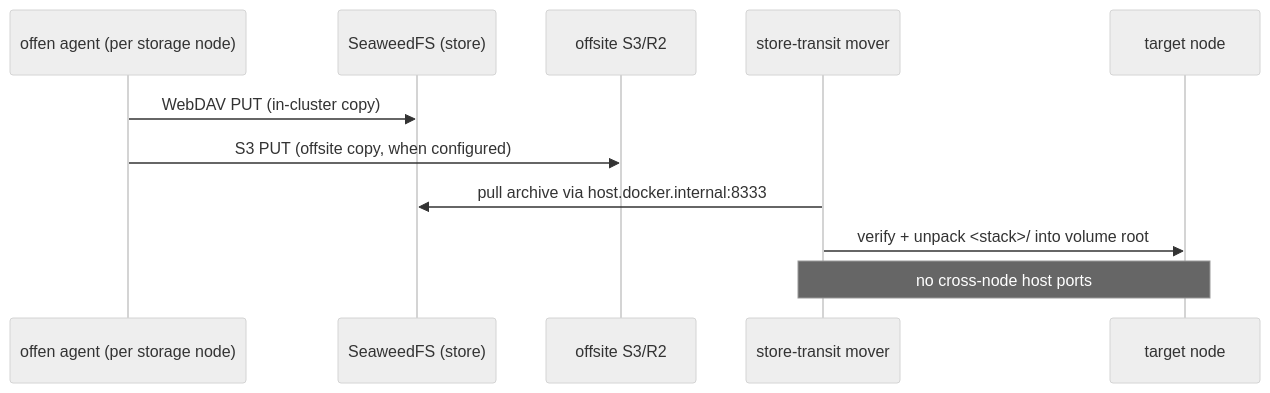
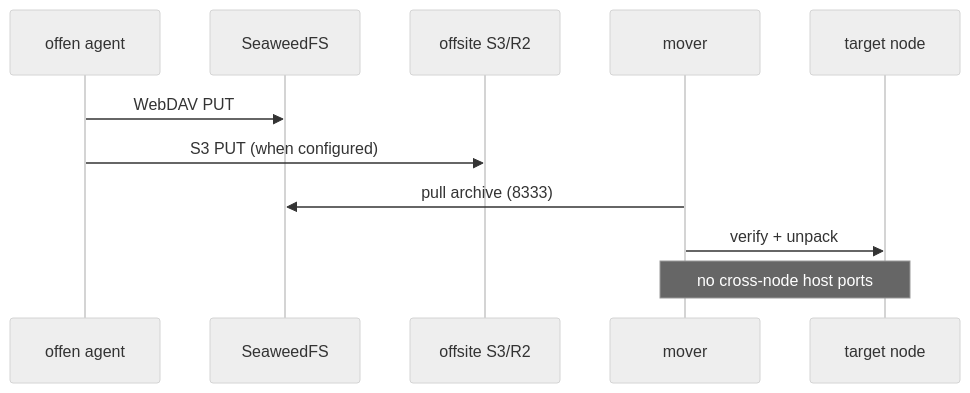
The ninth of 11 diagrams in docs/whitepaper.md (hazemarian/poor-man-cluster), drawn with Mermaid (neutral theme) before and after one commit. The commit also changed other lines of this file and 3 other files, not shown here.

First line of the commit message:
docs: every diagram legible at GitHub's column width

````diff
--- a/docs/whitepaper.md
+++ b/docs/whitepaper.md
@@ -239,13 +247,13 @@
 ```mermaid
 sequenceDiagram
-    participant AG as offen agent (per storage node)
-    participant SW as SeaweedFS (store)
+    participant AG as offen agent
+    participant SW as SeaweedFS
     participant S3 as offsite S3/R2
-    participant MV as store-transit mover
+    participant MV as mover
     participant TN as target node
-    AG->>SW: WebDAV PUT (in-cluster copy)
-    AG->>S3: S3 PUT (offsite copy, when configured)
-    MV->>SW: pull archive via host.docker.internal:8333
-    MV->>TN: verify + unpack <stack>/ into volume root
+    AG->>SW: WebDAV PUT
+    AG->>S3: S3 PUT (when configured)
+    MV->>SW: pull archive (8333)
+    MV->>TN: verify + unpack
     Note over MV,TN: no cross-node host ports
 ```
````
